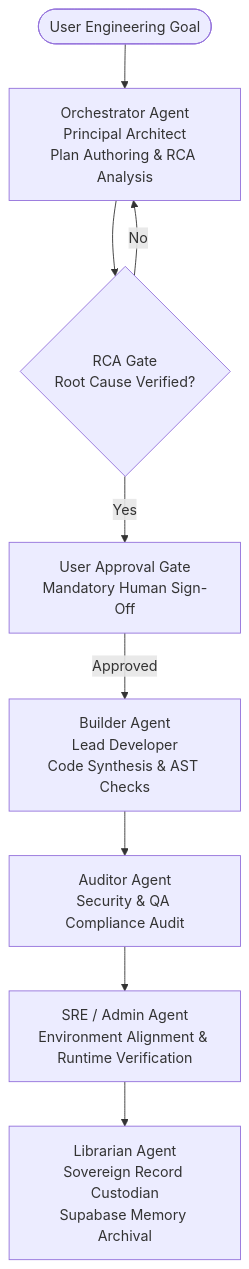
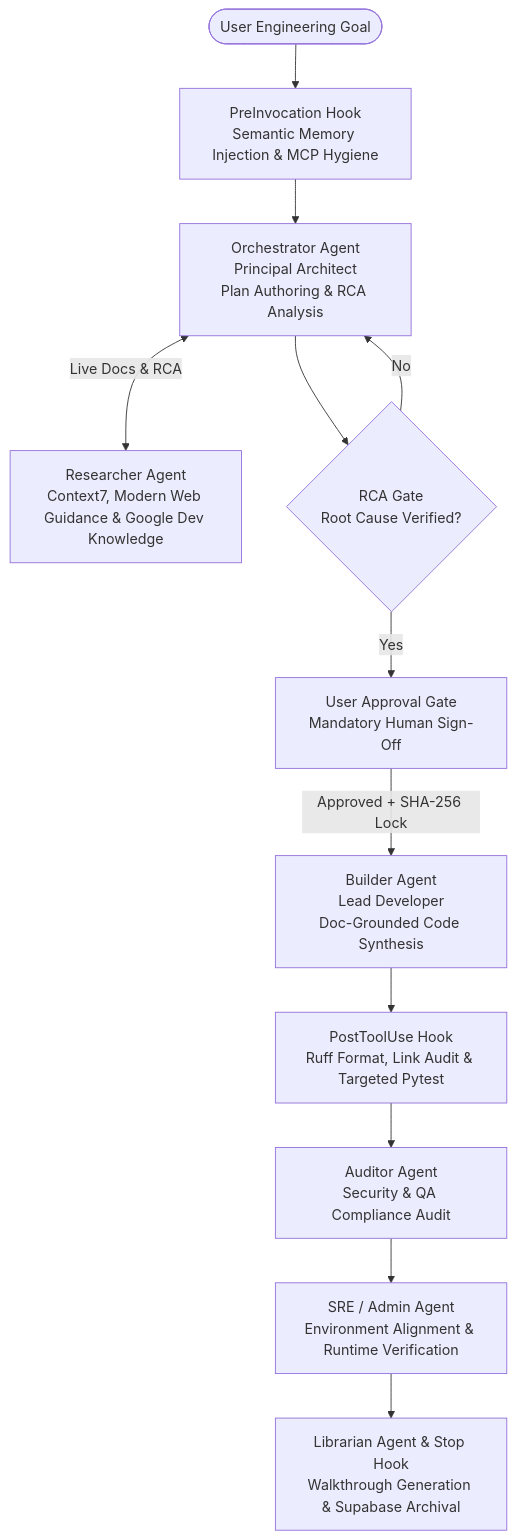
Before and after one commit to dnguyen029/antigravity-portfolio: the second of 2 diagrams in README.md, drawn with Mermaid. The commit also changed other lines of this file and 1 other file, not shown here.

Commit message:
docs: update 6-agent harness, 4-stage lifecycle hooks, doc lookup tools, and live Next.js showcase

````diff
--- a/README.md
+++ b/README.md
@@ -96,13 +96,16 @@
 ```mermaid
 flowchart TD
-    Goal(["User Engineering Goal"]) --> Orchestrator["Orchestrator Agent<br/>Principal Architect<br/>Plan Authoring & RCA Analysis"]
+    Goal(["User Engineering Goal"]) --> PreInv["PreInvocation Hook<br/>Semantic Memory Injection & MCP Hygiene"]
+    PreInv --> Orchestrator["Orchestrator Agent<br/>Principal Architect<br/>Plan Authoring & RCA Analysis"]
+    Orchestrator <-->|"Live Docs & RCA"| Researcher["Researcher Agent<br/>Context7, Modern Web Guidance & Google Dev Knowledge"]
     
     Orchestrator --> RCAGate{"RCA Gate<br/>Root Cause Verified?"}
     RCAGate -->|"No"| Orchestrator
     RCAGate -->|"Yes"| ApprovalGate["User Approval Gate<br/>Mandatory Human Sign-Off"]
     
-    ApprovalGate -->|"Approved"| Builder["Builder Agent<br/>Lead Developer<br/>Code Synthesis & AST Checks"]
-    Builder --> Auditor["Auditor Agent<br/>Security & QA Compliance Audit"]
+    ApprovalGate -->|"Approved + SHA-256 Lock"| Builder["Builder Agent<br/>Lead Developer<br/>Doc-Grounded Code Synthesis"]
+    Builder --> PostTool["PostToolUse Hook<br/>Ruff Format, Link Audit & Targeted Pytest"]
+    PostTool --> Auditor["Auditor Agent<br/>Security & QA Compliance Audit"]
     Auditor --> SRE["SRE / Admin Agent<br/>Environment Alignment & Runtime Verification"]
-    SRE --> Librarian["Librarian Agent<br/>Sovereign Record Custodian<br/>Supabase Memory Archival"]
+    SRE --> Librarian["Librarian Agent & Stop Hook<br/>Walkthrough Generation & Supabase Archival"]
 ```
````
